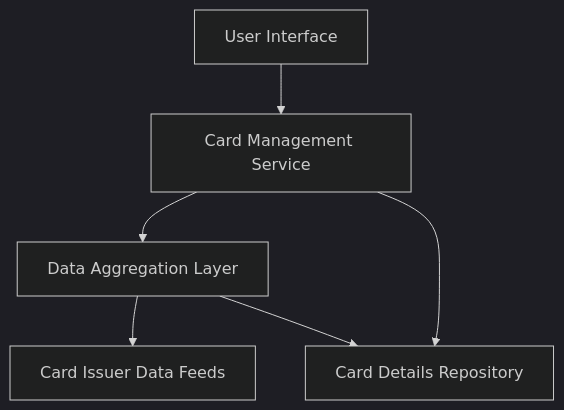
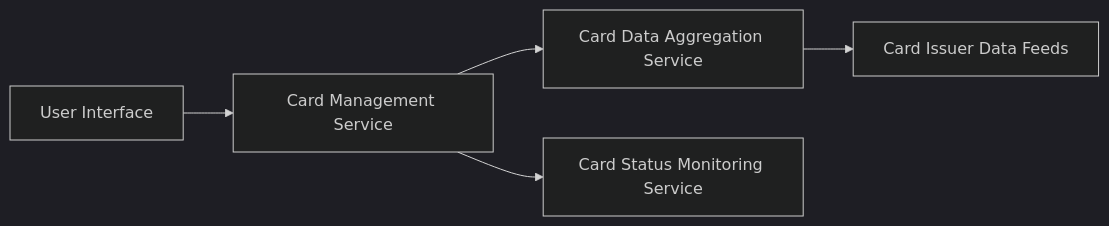
The diagram in HLD/QE-7743_HLD.md (AAVA-Demo/APB_Demo), drawn with Mermaid (dark theme) before and after one commit. The commit also changed other lines of this file and 5 other files, not shown here.

````diff
--- a/HLD/QE-7743_HLD.md
+++ b/HLD/QE-7743_HLD.md
@@ -7,13 +7,12 @@
 ```mermaid
-flowchart TD
+flowchart LR
     A["User Interface"]
     B["Card Management Service"]
-    C["Data Aggregation Layer"]
+    C["Card Data Aggregation Service"]
     D["Card Issuer Data Feeds"]
-    E["Card Details Repository"]
+    E["Card Status Monitoring Service"]
     A --> B
     B --> C
     C --> D
-    C --> E
     B --> E
 ```
````
